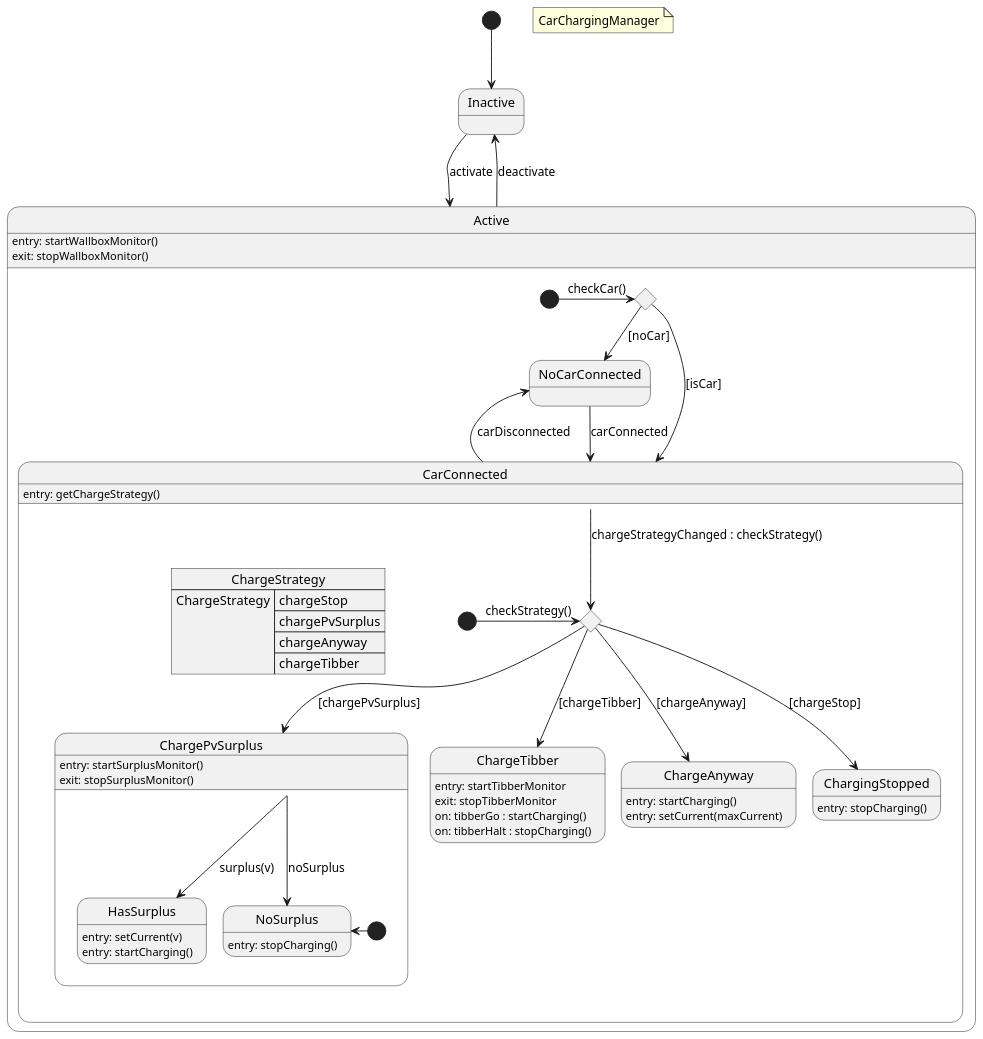
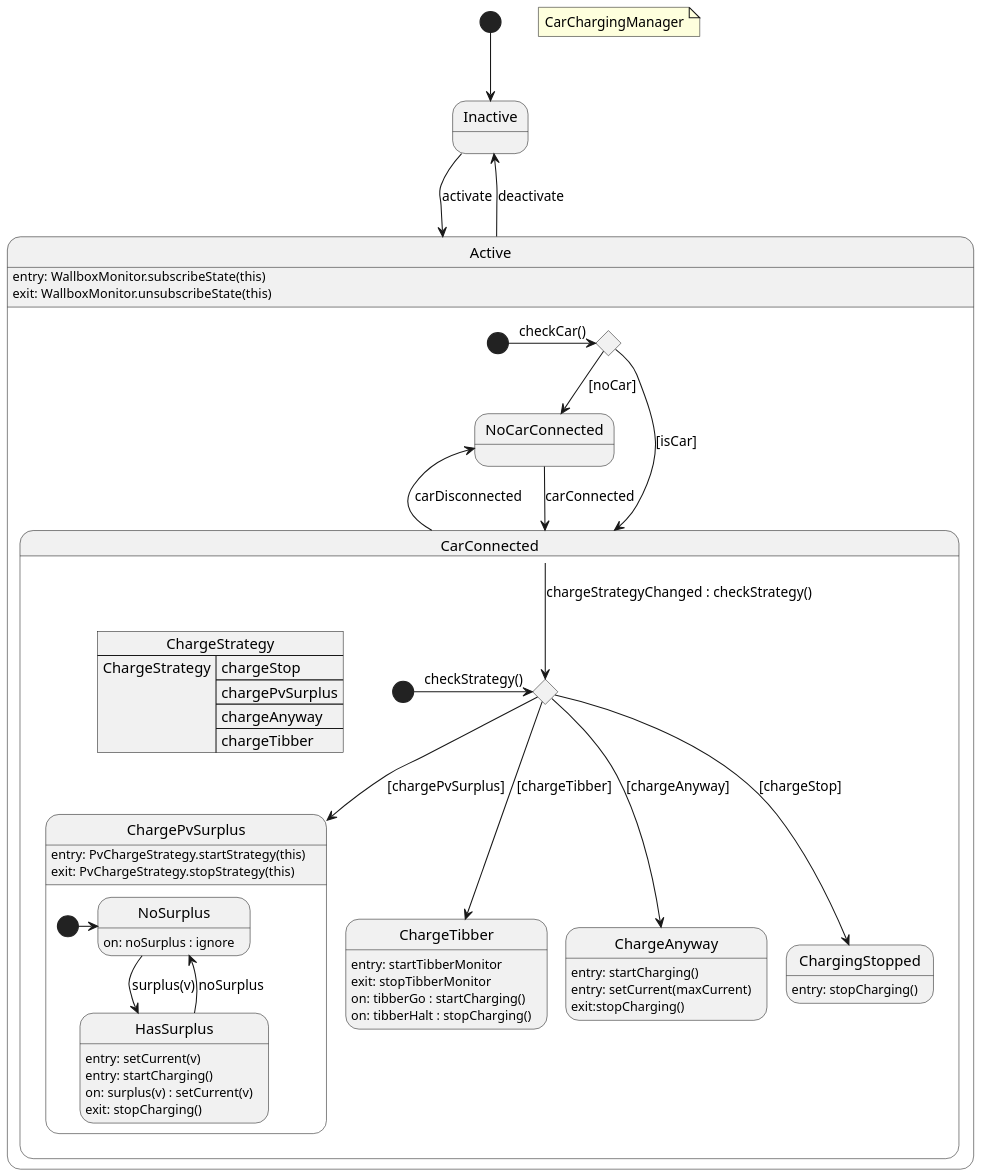
One commit to geobe/energyControl changed the diagram in src/main/groovy/de/geobe/energy/automation/CarChargingManager.puml. Above: the diagram before and after it, drawn with PlantUML. The commit also changed 4 other files, not shown here.

```diff
--- a/src/main/groovy/de/geobe/energy/automation/CarChargingManager.puml
+++ b/src/main/groovy/de/geobe/energy/automation/CarChargingManager.puml
@@ -1,86 +1,89 @@
 @startuml
 'https://plantuml.com/state-diagram
 
 scale 1400 width
 
 [*] -down-> iact
 
 state "Inactive" as iact
 state "Active" as act {
 
 
     state "checkCar" as ccc <<choice>>
     [*] -right-> ccc : checkCar()
 
-    act: entry: startWallboxMonitor()
-    act: exit: stopWallboxMonitor()
+    act: entry: WallboxMonitor.subscribeState(this)
+    act: exit: WallboxMonitor.unsubscribeState(this)
 
     state "NoCarConnected" as nocl {
 '      nocl: entry: cancelCharging()
     }
 
     state "CarConnected" as cl {
-      cl: entry: getChargeStrategy()
+'      cl: entry: getChargeStrategy()
 
       json ChargeStrategy {
         "ChargeStrategy": ["chargeStop", "chargePvSurplus", "chargeAnyway", "chargeTibber"]
       }
 
        state "selectStrategy" as sst <<choice>>
        [*] -right-> sst : checkStrategy()
 
+      state "ChargePvSurplus" as lps {
+        lps: entry: PvChargeStrategy.startStrategy(this)
+        lps: exit: PvChargeStrategy.stopStrategy(this)
+
+        state "HasSurplus" as has {
+            has: entry: setCurrent(v)
+            has: entry: startCharging()
+            has: on: surplus(v) : setCurrent(v)
+            has: exit: stopCharging()
+        }
+
+        state "NoSurplus" as nos {
+          nos: on: noSurplus : ignore
+        }
+
+        state lpstart <<start>>
+      }
+      nos -down-> has : surplus(v)
+      has -up-> nos : noSurplus
+      lpstart -right-> nos
+
       state "ChargeTibber" as lt {
       lt: entry: startTibberMonitor
       lt: exit: stopTibberMonitor
       lt: on: tibberGo : startCharging()
       lt: on: tibberHalt : stopCharging()
       }
 
-      state "ChargePvSurplus" as lps {
-        lps: entry: startSurplusMonitor()
-        lps: exit: stopSurplusMonitor()
-
-        state "HasSurplus" as has {
-            has: entry: setCurrent(v)
-            has: entry: startCharging()
-        }
-
-        state "NoSurplus" as nos {
-          nos: entry: stopCharging()
-        }
-
-        state lpstart <<start>>
-      }
-      lps -left-> has : surplus(v)
-      lps --> nos : noSurplus
-      lpstart -left-> nos
-
       state "ChargeAnyway" as la {
         la: entry: startCharging()
         la: entry: setCurrent(maxCurrent)
+        la: exit:stopCharging()
       }
 
       state "ChargingStopped" as ls {
         ls: entry: stopCharging()
       }
 
       cl --> sst : chargeStrategyChanged : checkStrategy()
+      sst --> lps : [chargePvSurplus]
       sst --> ls : [chargeStop]
-      sst --> lps : [chargePvSurplus]
       sst --> lt : [chargeTibber]
       sst --> la : [chargeAnyway]
     }
 
 }
 ccc --> nocl : [noCar]
 ccc --> cl : [isCar]
 cl -up-> nocl : carDisconnected
 
 nocl -down-> cl : carConnected
 iact -down-> act : activate
 act -up-> iact : deactivate
 'act --> ccc : carChange
 
 note "CarChargingManager" as N1
 
 @enduml
```
